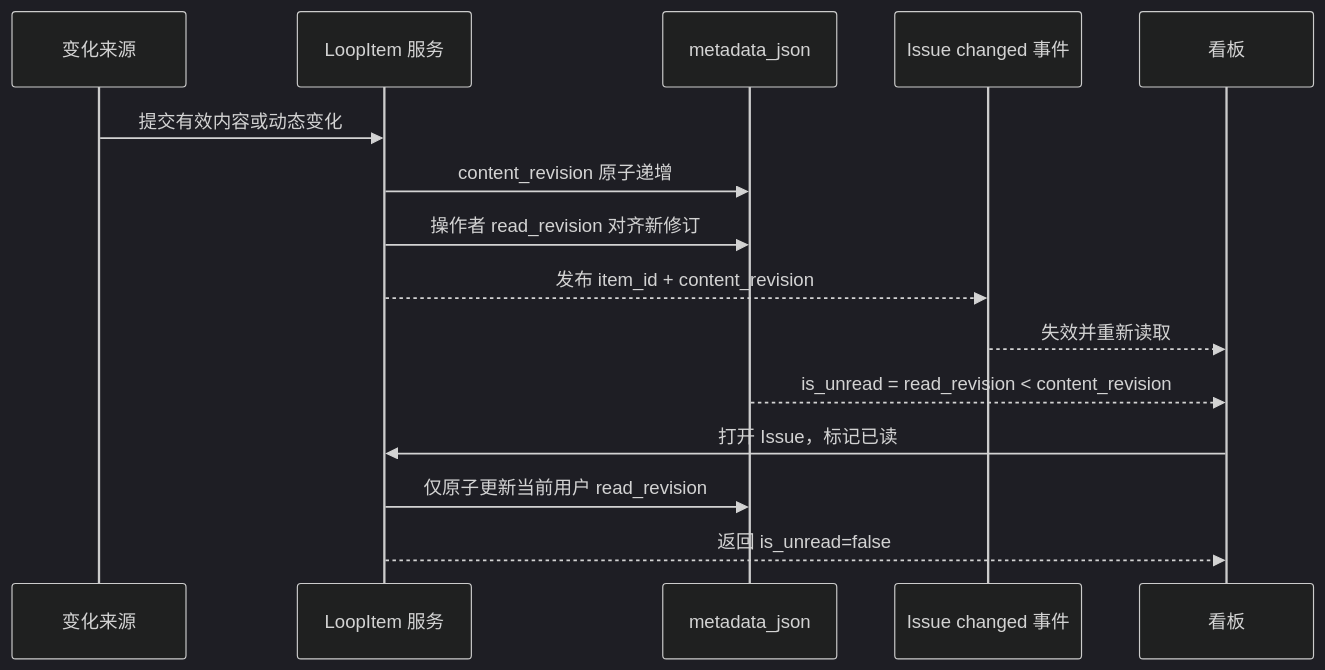
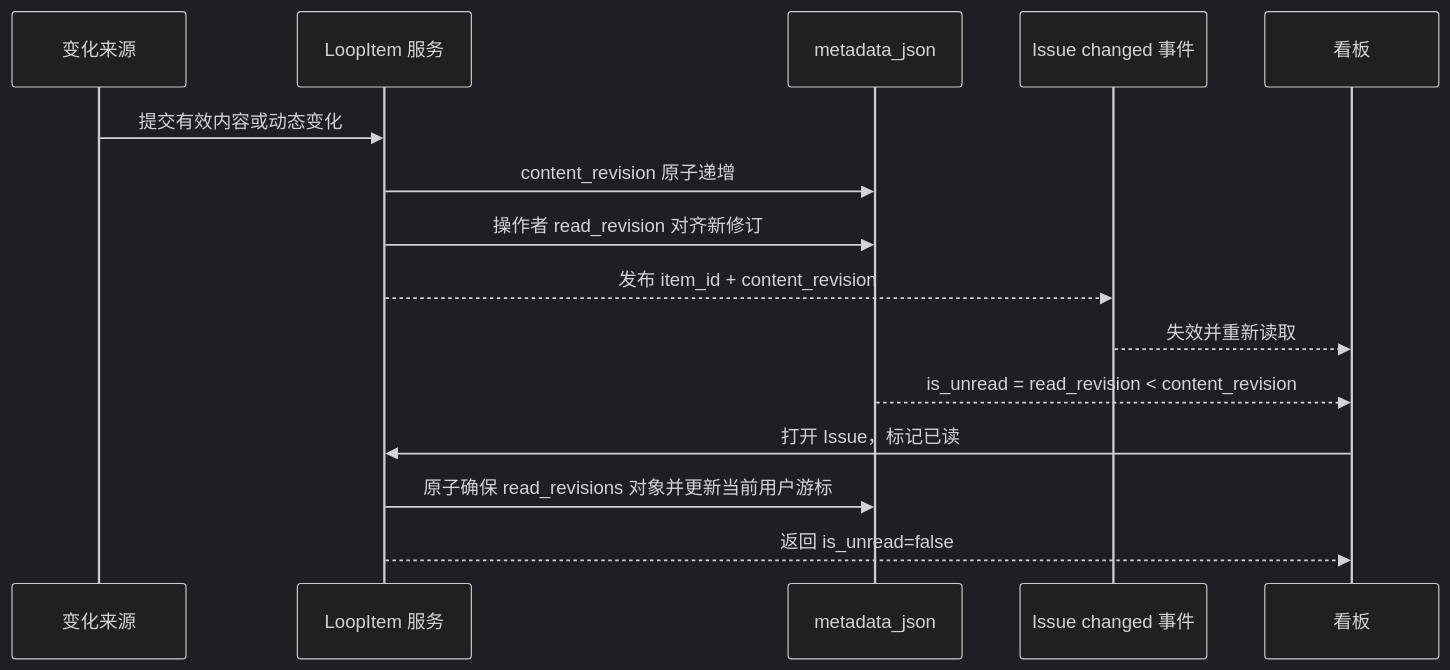
Before and after one commit to wecode-ai/Wegent: the second of 2 diagrams in docs/zh/architecture/board-item-unread-projection.md, drawn with Mermaid (dark theme). The commit also changed other lines of this file and 5 other files, not shown here.

````diff
--- a/docs/zh/architecture/board-item-unread-projection.md
+++ b/docs/zh/architecture/board-item-unread-projection.md
@@ -23,18 +23,18 @@
 ```mermaid
 sequenceDiagram
     participant C as 变化来源
     participant S as LoopItem 服务
     participant DB as metadata_json
     participant E as Issue changed 事件
     participant B as 看板
 
     C->>S: 提交有效内容或动态变化
     S->>DB: content_revision 原子递增
     S->>DB: 操作者 read_revision 对齐新修订
     S-->>E: 发布 item_id + content_revision
     E-->>B: 失效并重新读取
     DB-->>B: is_unread = read_revision < content_revision
     B->>S: 打开 Issue，标记已读
-    S->>DB: 仅原子更新当前用户 read_revision
+    S->>DB: 原子确保 read_revisions 对象并更新当前用户游标
     S-->>B: 返回 is_unread=false
 ```
````
